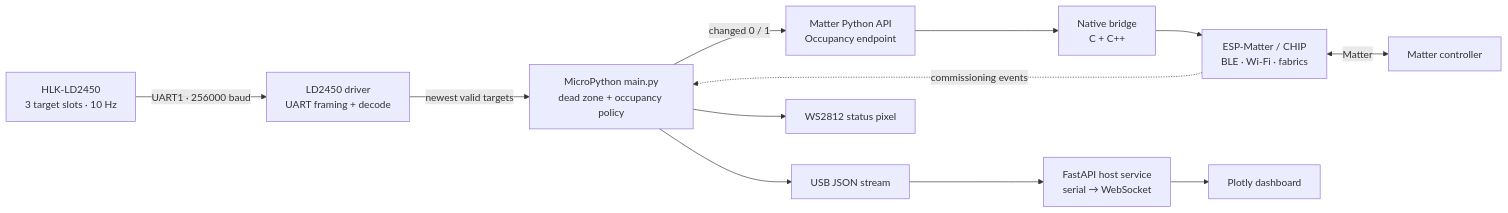
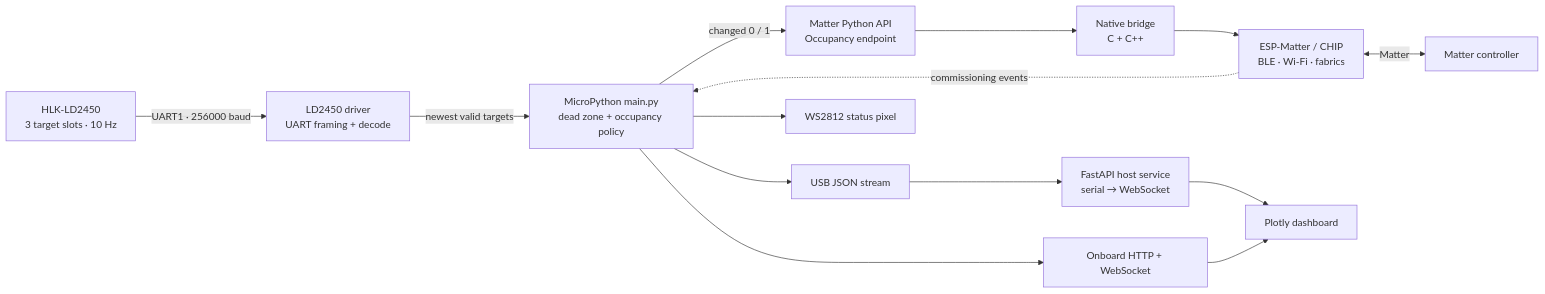
One commit to khlam/micropython-boardfarm changed the first of 3 diagrams in projects/matter-ld2450/README.md. Above: the diagram before and after it, drawn with Mermaid. The commit also changed other lines of this file and 2 other files, not shown here.

````diff
--- a/projects/matter-ld2450/README.md
+++ b/projects/matter-ld2450/README.md
@@ -21,25 +21,27 @@
 ```mermaid
 flowchart LR
     radar["HLK-LD2450<br/>3 target slots · 10 Hz"]
     driver["LD2450 driver<br/>UART framing + decode"]
     policy["MicroPython main.py<br/>dead zone + occupancy policy"]
     matter["Matter Python API<br/>Occupancy endpoint"]
     native["Native bridge<br/>C + C++"]
     stack["ESP-Matter / CHIP<br/>BLE · Wi-Fi · fabrics"]
     controller["Matter controller"]
 
     serial["USB JSON stream"]
     backend["FastAPI host service<br/>serial → WebSocket"]
+    onboard["Onboard HTTP + WebSocket"]
     browser["Plotly dashboard"]
     pixel["WS2812 status pixel"]
 
     radar -->|"UART1 · 256000 baud"| driver
     driver -->|"newest valid targets"| policy
     policy -->|"changed 0 / 1"| matter
     matter --> native --> stack
     stack <-->|Matter| controller
 
     policy --> serial --> backend --> browser
+    policy --> onboard --> browser
     stack -.->|"commissioning events"| policy
     policy --> pixel
 ```
````
